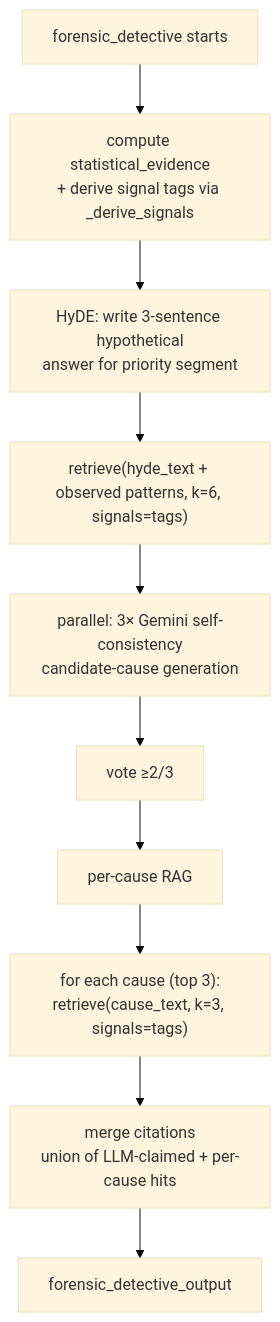
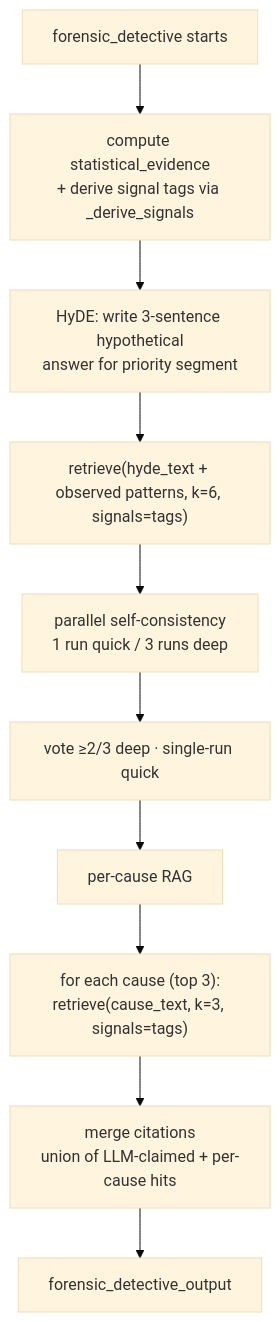
One commit to Abhayanthk/Retain_AI changed the diagram in docs/rag.md. Above: the diagram before and after it, drawn with Mermaid (base theme). The commit also changed 26 other files, not shown here.

````diff
--- a/docs/rag.md
+++ b/docs/rag.md
@@ -100,13 +100,13 @@
 ```mermaid
 flowchart TB
     F[forensic_detective starts]
     F --> A[compute statistical_evidence<br/>+ derive signal tags via _derive_signals]
     A --> H[HyDE: write 3-sentence hypothetical<br/>answer for priority segment]
     H --> B["retrieve(hyde_text + observed patterns, k=6, signals=tags)"]
-    B --> P[parallel: 3× Gemini self-consistency<br/>candidate-cause generation]
-    P --> V[vote ≥2/3]
+    B --> P[parallel self-consistency<br/>1 run quick / 3 runs deep]
+    P --> V[vote ≥2/3 deep · single-run quick]
     V --> C[per-cause RAG]
     C --> CT["for each cause (top 3):<br/>retrieve(cause_text, k=3, signals=tags)"]
     CT --> M[merge citations<br/>union of LLM-claimed + per-cause hits]
     M --> O[forensic_detective_output]
 ```
````
